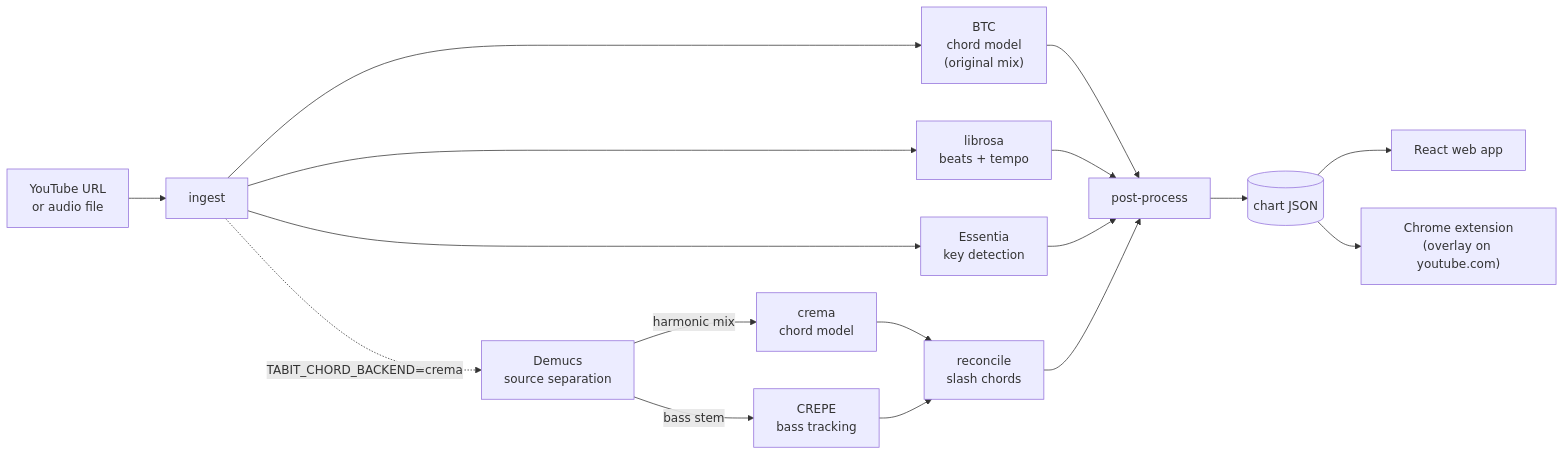
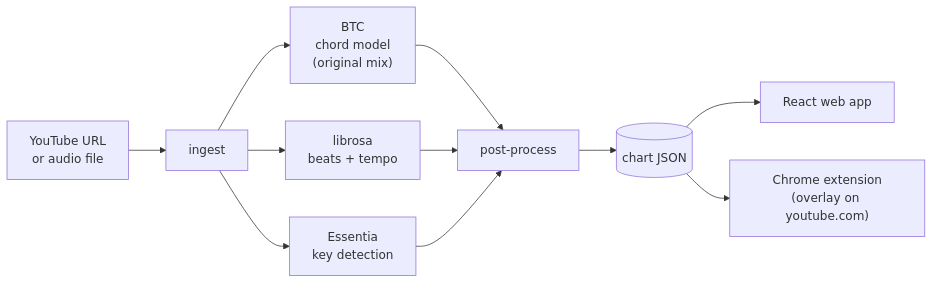
One commit to paolosand/tabIt changed the diagram in README.md. Above: the diagram before and after it, drawn with Mermaid. The commit also changed other lines of this file and 4 other files, not shown here.

````diff
--- a/README.md
+++ b/README.md
@@ -63,19 +58,13 @@
 ```mermaid
 flowchart LR
     IN["YouTube URL<br/>or audio file"] --> ING[ingest]
     ING --> BTC["BTC<br/>chord model<br/>(original mix)"]
     ING --> BE["librosa<br/>beats + tempo"]
     ING --> KEY["Essentia<br/>key detection"]
     BTC --> POST["post-process"]
     BE --> POST
     KEY --> POST
-    ING -. "TABIT_CHORD_BACKEND=crema" .-> SEP["Demucs<br/>source separation"]
-    SEP -- harmonic mix --> CH["crema<br/>chord model"]
-    SEP -- bass stem --> BA["CREPE<br/>bass tracking"]
-    CH --> REC["reconcile<br/>slash chords"]
-    BA --> REC
-    REC --> POST
     POST --> JSON[("chart JSON")]
     JSON --> WEB["React web app"]
     JSON --> EXT["Chrome extension<br/>(overlay on youtube.com)"]
 ```
````
